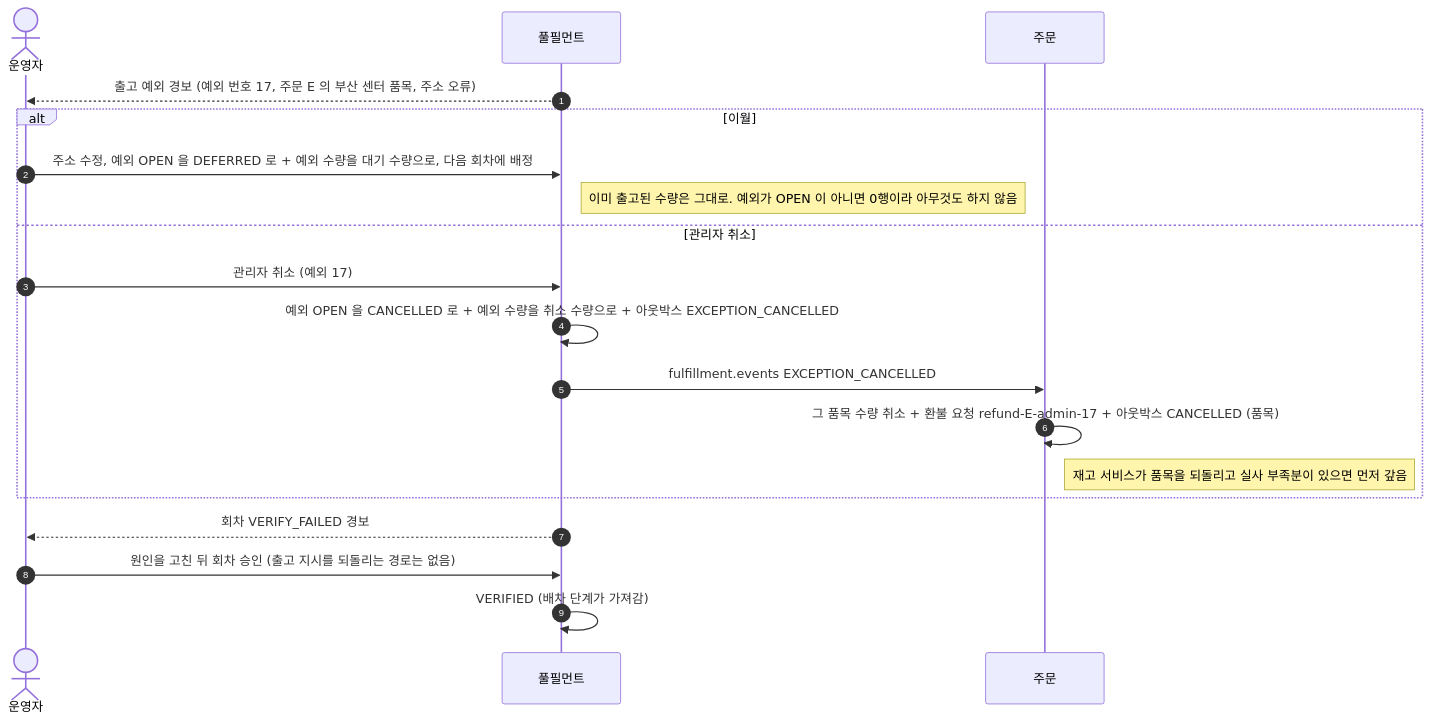
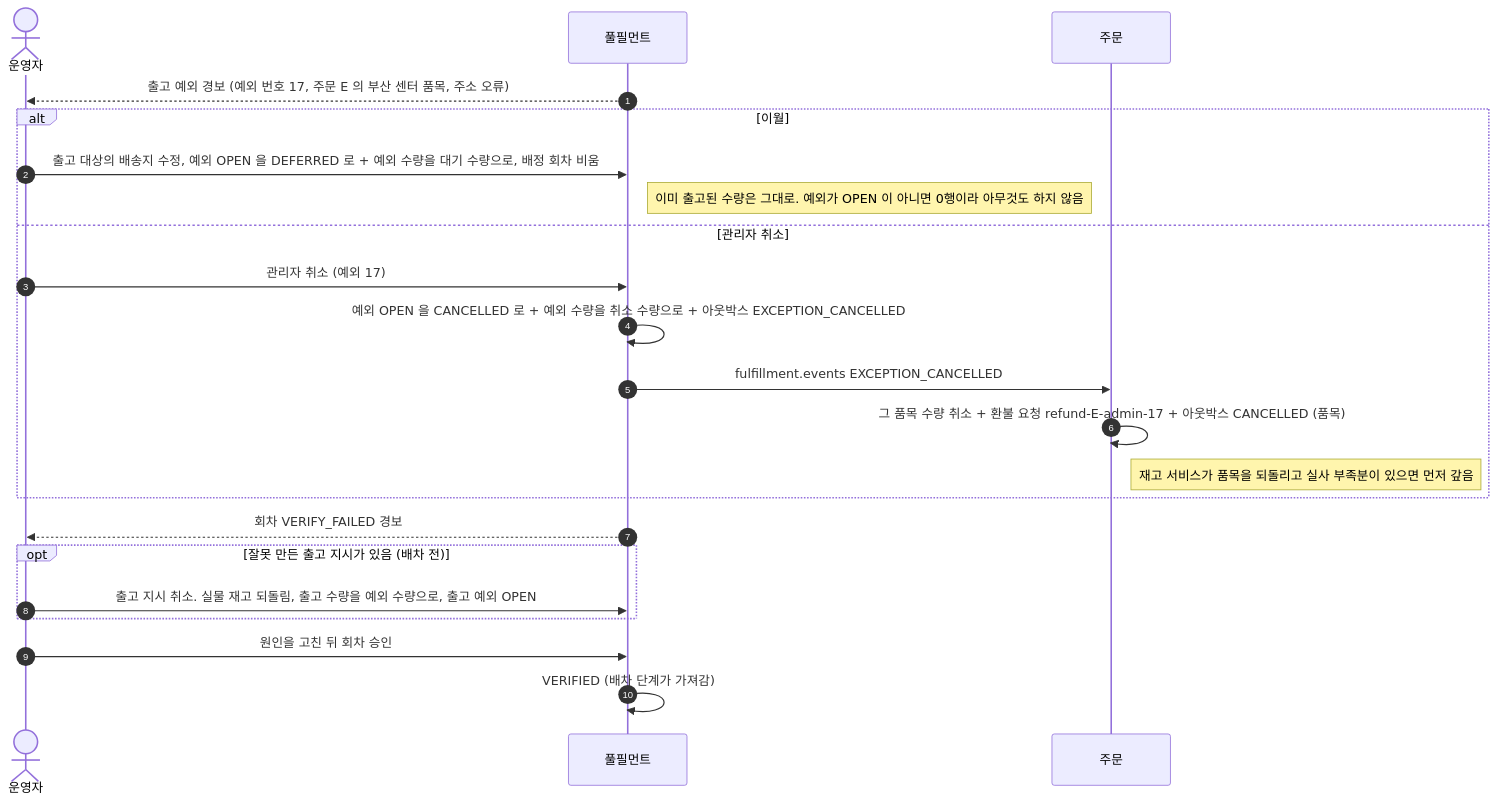
Before and after one commit to Bamdule/dawn-delivery-commerce: the sixth of 6 diagrams in docs/sequence/05-출고-배치.md, drawn with Mermaid. The commit also changed other lines of this file and 10 other files, not shown here.

````diff
--- a/docs/sequence/05-출고-배치.md
+++ b/docs/sequence/05-출고-배치.md
@@ -162,23 +166,26 @@
 ```mermaid
 sequenceDiagram
     autonumber
     actor 운영자
     participant 풀필먼트
     participant 주문
 
     풀필먼트-->>운영자: 출고 예외 경보 (예외 번호 17, 주문 E 의 부산 센터 품목, 주소 오류)
     alt 이월
-        운영자->>풀필먼트: 주소 수정, 예외 OPEN 을 DEFERRED 로 + 예외 수량을 대기 수량으로, 다음 회차에 배정
+        운영자->>풀필먼트: 출고 대상의 배송지 수정, 예외 OPEN 을 DEFERRED 로 + 예외 수량을 대기 수량으로, 배정 회차 비움
         Note right of 풀필먼트: 이미 출고된 수량은 그대로. 예외가 OPEN 이 아니면 0행이라 아무것도 하지 않음
     else 관리자 취소
         운영자->>풀필먼트: 관리자 취소 (예외 17)
         풀필먼트->>풀필먼트: 예외 OPEN 을 CANCELLED 로 + 예외 수량을 취소 수량으로 + 아웃박스 EXCEPTION_CANCELLED
         풀필먼트->>주문: fulfillment.events EXCEPTION_CANCELLED
         주문->>주문: 그 품목 수량 취소 + 환불 요청 refund-E-admin-17 + 아웃박스 CANCELLED (품목)
         Note right of 주문: 재고 서비스가 품목을 되돌리고 실사 부족분이 있으면 먼저 갚음
     end
 
     풀필먼트-->>운영자: 회차 VERIFY_FAILED 경보
-    운영자->>풀필먼트: 원인을 고친 뒤 회차 승인 (출고 지시를 되돌리는 경로는 없음)
+    opt 잘못 만든 출고 지시가 있음 (배차 전)
+        운영자->>풀필먼트: 출고 지시 취소. 실물 재고 되돌림, 출고 수량을 예외 수량으로, 출고 예외 OPEN
+    end
+    운영자->>풀필먼트: 원인을 고친 뒤 회차 승인
     풀필먼트->>풀필먼트: VERIFIED (배차 단계가 가져감)
 ```
````
